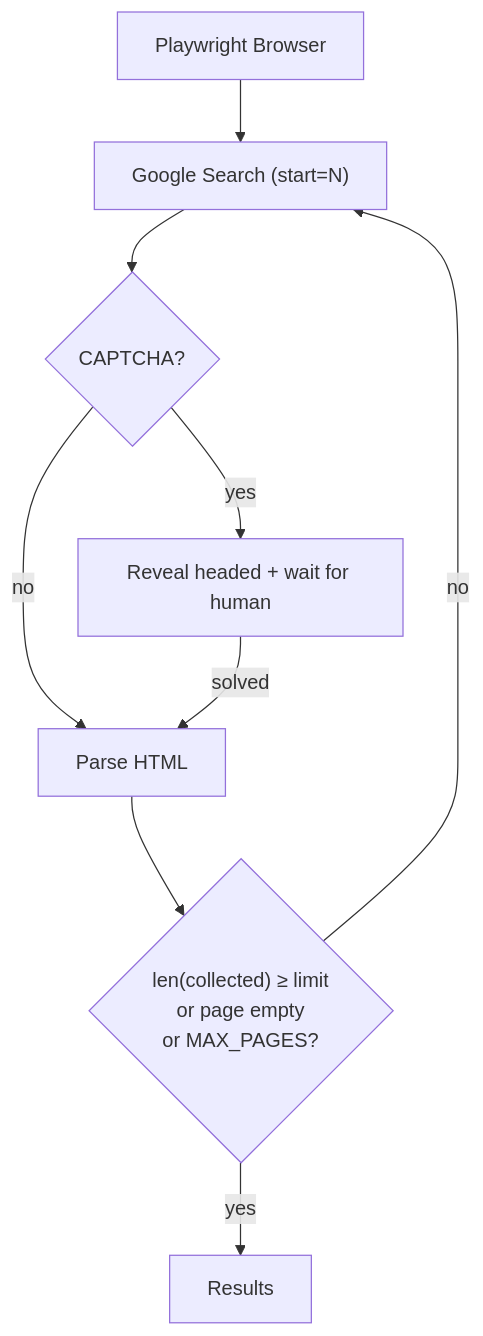
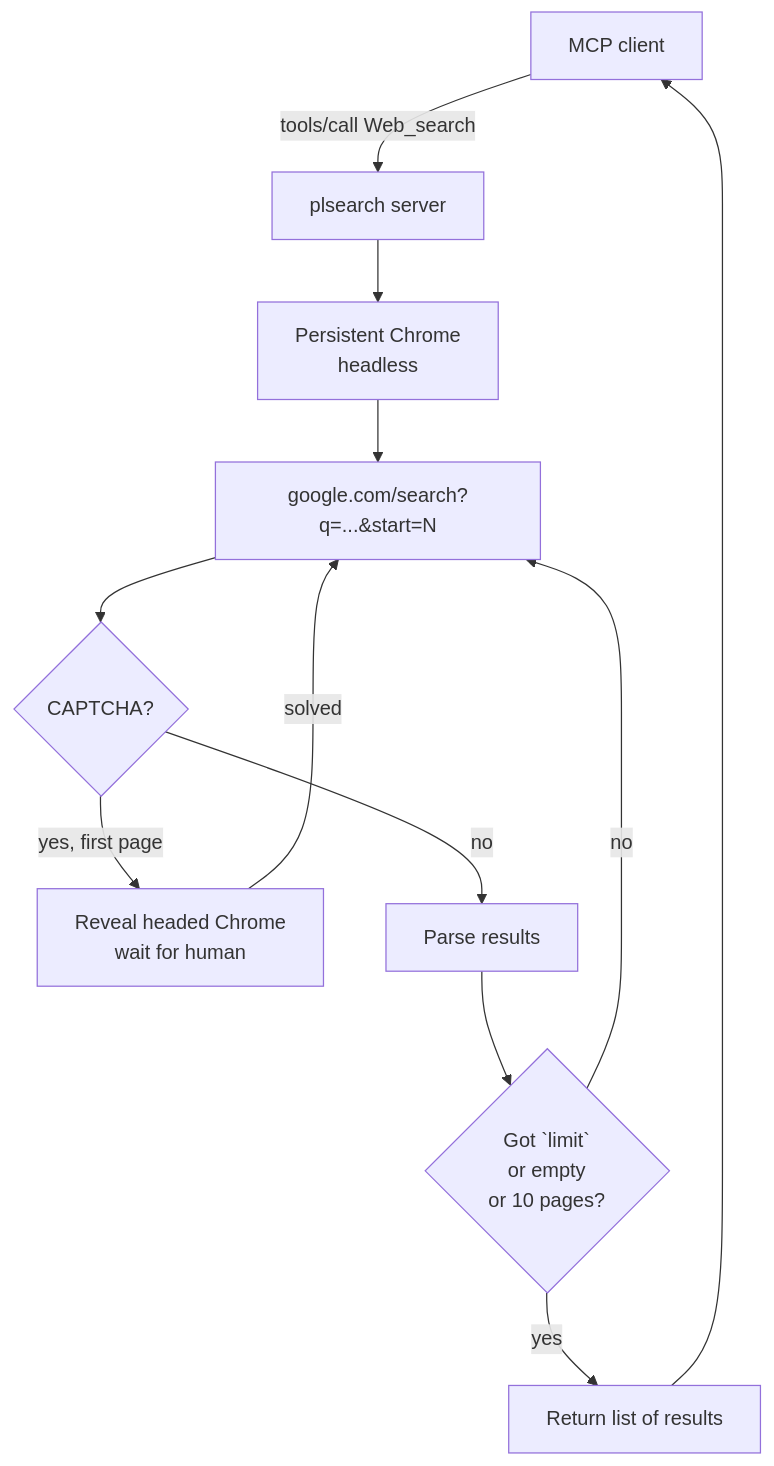
Before and after one commit to IIshikiII/Playwright-search-MCP: the diagram in README.md, drawn with Mermaid. The commit also changed other lines of this file and 5 other files, not shown here.

First line of the commit message:
feat: add plsearch CLI client and rewrite README

````diff
--- a/README.md
+++ b/README.md
@@ -25,11 +141,14 @@
 ```mermaid
 flowchart TD
-    A[Playwright Browser] --> B["Google Search (start=N)"]
-    B --> D{CAPTCHA?}
-    D -->|yes| E[Reveal headed + wait for human]
-    D -->|no| C[Parse HTML]
-    E -->|solved| C
-    C --> G{"len(collected) ≥ limit<br/>or page empty<br/>or MAX_PAGES?"}
-    G -->|no| B
-    G -->|yes| F[Results]
+    A[MCP client] -->|tools/call Web_search| B[plsearch server]
+    B --> C[Persistent Chrome<br/>headless]
+    C --> D["google.com/search?q=...&start=N"]
+    D --> E{CAPTCHA?}
+    E -->|yes, first page| F[Reveal headed Chrome<br/>wait for human]
+    F -->|solved| D
+    E -->|no| G[Parse results]
+    G --> H{Got `limit`<br/>or empty<br/>or 10 pages?}
+    H -->|no| D
+    H -->|yes| I[Return list of results]
+    I --> A
 ```
````
